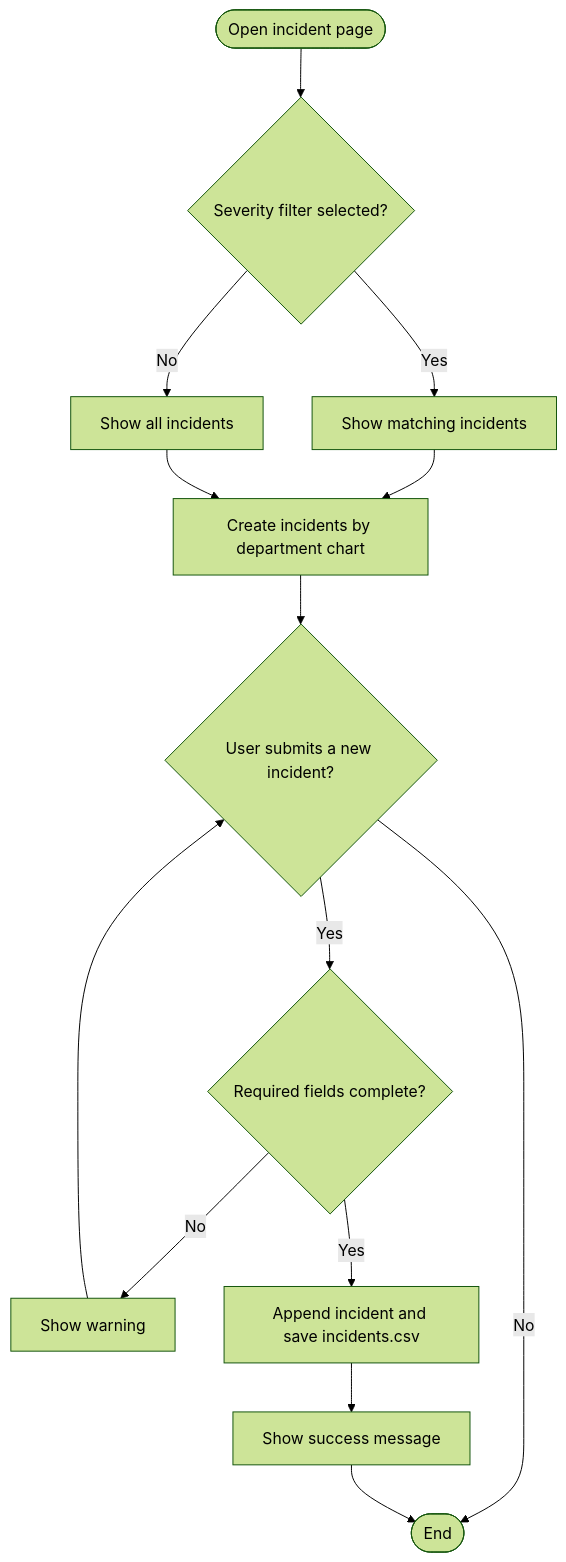
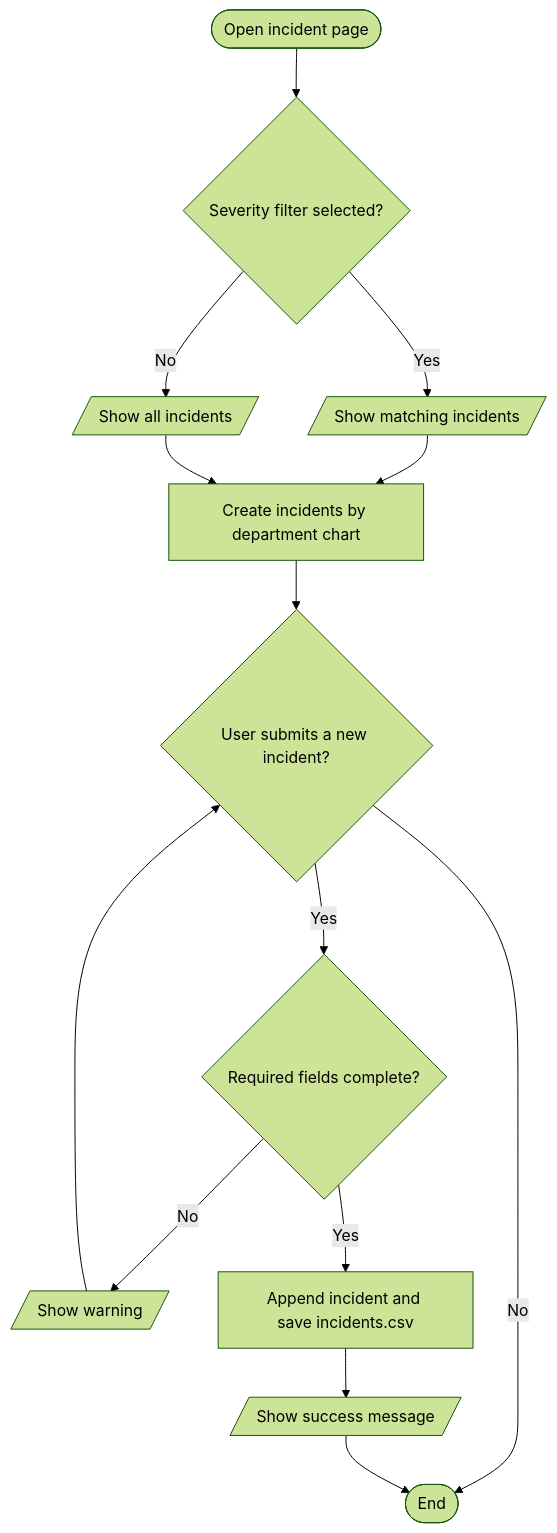
One commit to 2942996/KHWEZI-MINING-APP changed the seventh of 12 diagrams in Algorithms, Flowcharts and Pseudocode/flowcharts/FLOWCHARTS.md. Above: the diagram before and after it, drawn with Mermaid (forest theme). The commit also changed other lines of this file, not shown here.

First line of the commit message:
Refactor flowchart error messages for clarity

````diff
--- a/Algorithms, Flowcharts and Pseudocode/flowcharts/FLOWCHARTS.md
+++ b/Algorithms, Flowcharts and Pseudocode/flowcharts/FLOWCHARTS.md
@@ -108,16 +108,16 @@
 ```mermaid
 flowchart TD
     A([Open incident page]) --> B{Severity filter selected?}
-    B -- Yes --> C[Show matching incidents]
-    B -- No --> D[Show all incidents]
+    B -- Yes --> C[/Show matching incidents/]
+    B -- No --> D[/Show all incidents/]
     C --> E[Create incidents by department chart]
     D --> E
     E --> F{User submits a new incident?}
     F -- No --> G([End])
     F -- Yes --> H{Required fields complete?}
-    H -- No --> I[Show warning]
+    H -- No --> I[/Show warning/]
     I --> F
     H -- Yes --> J[Append incident and save incidents.csv]
-    J --> K[Show success message]
+    J --> K[/Show success message/]
     K --> G
 ```
````
